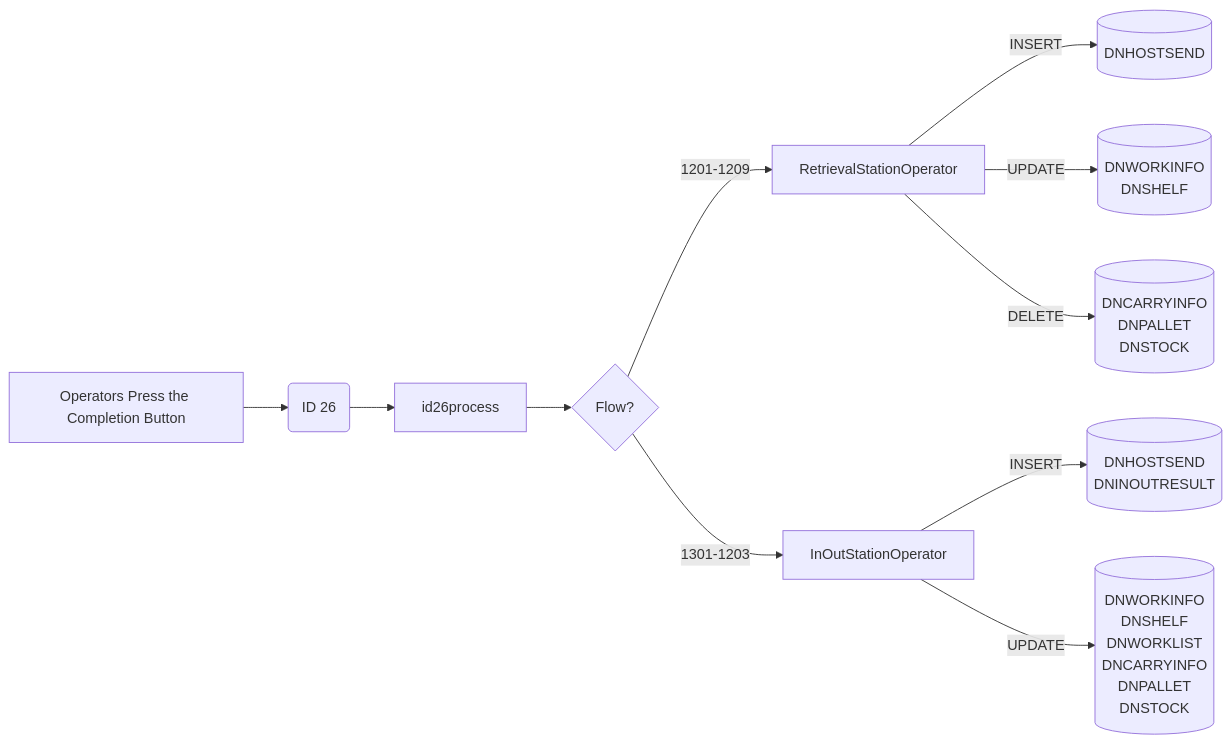
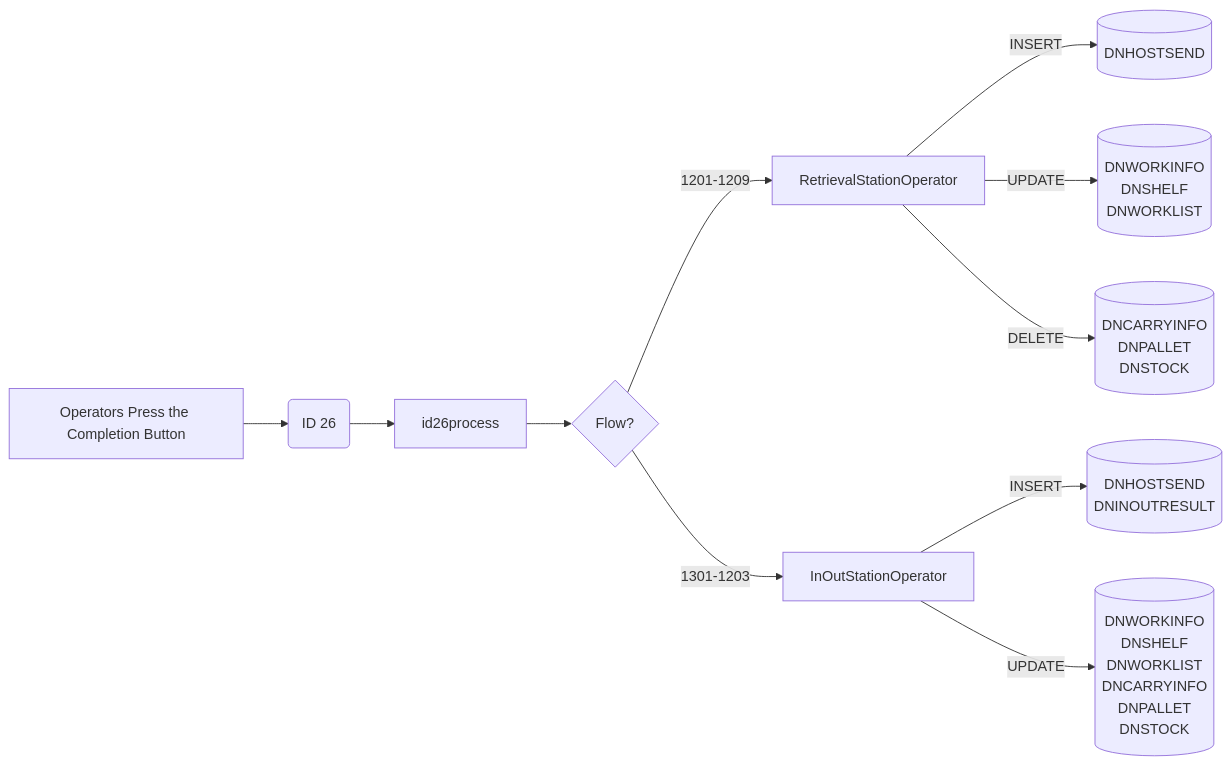
Diagram 19 of 19 in Basic-Design/DFD-WMS/Retrieval/Specific-Location-Retrieval-Setting.md (luthfiadityaa/SimeDarby-Wiki), drawn with Mermaid before and after one commit.

Commit message:
Updated Specific Location Retrieval Setting

```diff
--- a/Basic-Design/DFD-WMS/Retrieval/Specific-Location-Retrieval-Setting.md
+++ b/Basic-Design/DFD-WMS/Retrieval/Specific-Location-Retrieval-Setting.md
@@ -834,57 +834,58 @@
 ::: mermaid
 flowchart LR
 
 buttonclicked["
 Operators Press the Completion Button
 "]
 
 id26msg("
 ID 26
 ")
 
 
 id26-updateRt[("
 DNWORKINFO
 DNSHELF
+DNWORKLIST
 ")]
 
 id26-deleteRt[("
 DNCARRYINFO
 DNPALLET
 DNSTOCK
 ")]
 
 id26-insertRt[("
 DNHOSTSEND
 ")]
 
 id26-updateIo[("
 DNWORKINFO
 DNSHELF
 DNWORKLIST
 DNCARRYINFO
 DNPALLET
 DNSTOCK
 ")]
 
 id26-insertIo[("
 DNHOSTSEND
 DNINOUTRESULT
 ")]
 
 id26process[id26process]
 
 buttonclicked --> id26msg
 id26msg -->id26process-->Cond1{Flow?}
 
 RetrievalStationOperator--> |INSERT| id26-insertRt 
 RetrievalStationOperator--> |UPDATE| id26-updateRt 
 RetrievalStationOperator--> |DELETE| id26-deleteRt 
 
 Cond1{Flow?} --> |1201-1209| RetrievalStationOperator
 Cond1{Flow?} --> |1301-1203| InOutStationOperator
 
 InOutStationOperator --> |INSERT| id26-insertIo
 InOutStationOperator --> |UPDATE| id26-updateIo
 
 :::
```
